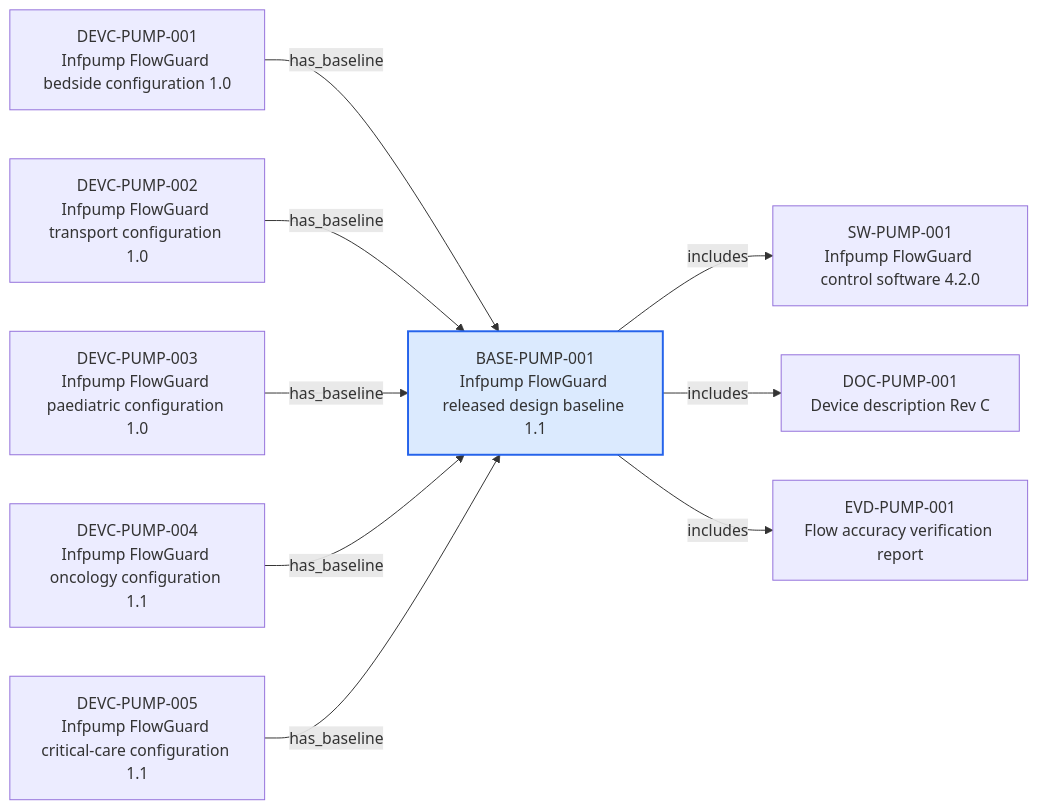
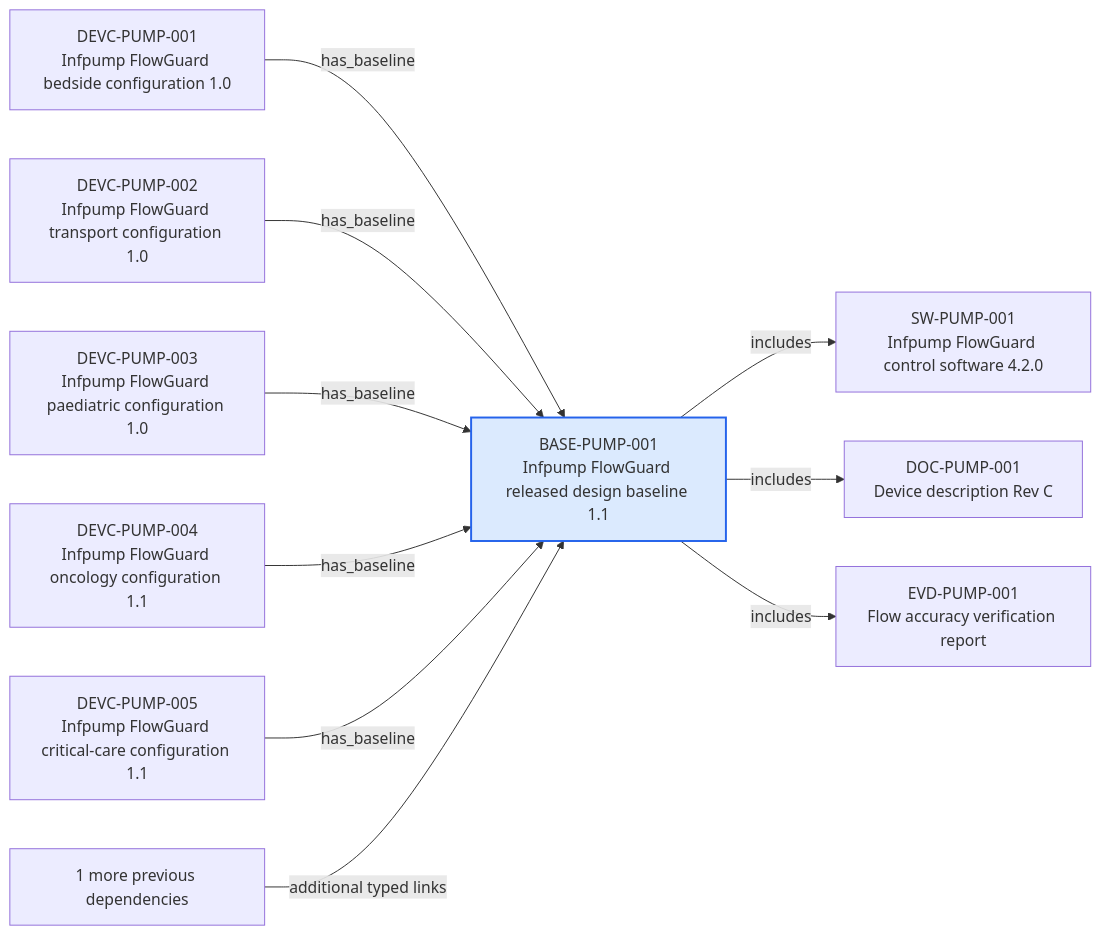
The diagram in content/06-Infpump FlowGuard ontology notes/configuration-baseline/BASE-PUMP-001-infpump-flowguard-released-design-baseline-11.md (mvattulainen/mdrontology), drawn with Mermaid before and after one commit. The commit also changed other lines of this file and 220 other files, not shown here.

````diff
--- a/content/06-Infpump FlowGuard ontology notes/configuration-baseline/BASE-PUMP-001-infpump-flowguard-released-design-baseline-11.md
+++ b/content/06-Infpump FlowGuard ontology notes/configuration-baseline/BASE-PUMP-001-infpump-flowguard-released-design-baseline-11.md
@@ -77,22 +77,24 @@
 ```mermaid
 flowchart LR
   CURRENT["BASE-PUMP-001<br/>Infpump FlowGuard released design baseline 1.1"]
   PREV0["DEVC-PUMP-001<br/>Infpump FlowGuard bedside configuration 1.0"]
   PREV0 -->|"has_baseline"| CURRENT
   PREV1["DEVC-PUMP-002<br/>Infpump FlowGuard transport configuration 1.0"]
   PREV1 -->|"has_baseline"| CURRENT
   PREV2["DEVC-PUMP-003<br/>Infpump FlowGuard paediatric configuration 1.0"]
   PREV2 -->|"has_baseline"| CURRENT
   PREV3["DEVC-PUMP-004<br/>Infpump FlowGuard oncology configuration 1.1"]
   PREV3 -->|"has_baseline"| CURRENT
   PREV4["DEVC-PUMP-005<br/>Infpump FlowGuard critical-care configuration 1.1"]
   PREV4 -->|"has_baseline"| CURRENT
+  PREV_MORE["1 more previous dependencies"]
+  PREV_MORE -->|"additional typed links"| CURRENT
   NEXT0["SW-PUMP-001<br/>Infpump FlowGuard control software 4.2.0"]
   CURRENT -->|"includes"| NEXT0
   NEXT1["DOC-PUMP-001<br/>Device description Rev C"]
   CURRENT -->|"includes"| NEXT1
   NEXT2["EVD-PUMP-001<br/>Flow accuracy verification report"]
   CURRENT -->|"includes"| NEXT2
   classDef current fill:#dbeafe,stroke:#2563eb,stroke-width:2px
   class CURRENT current
 ```
````
